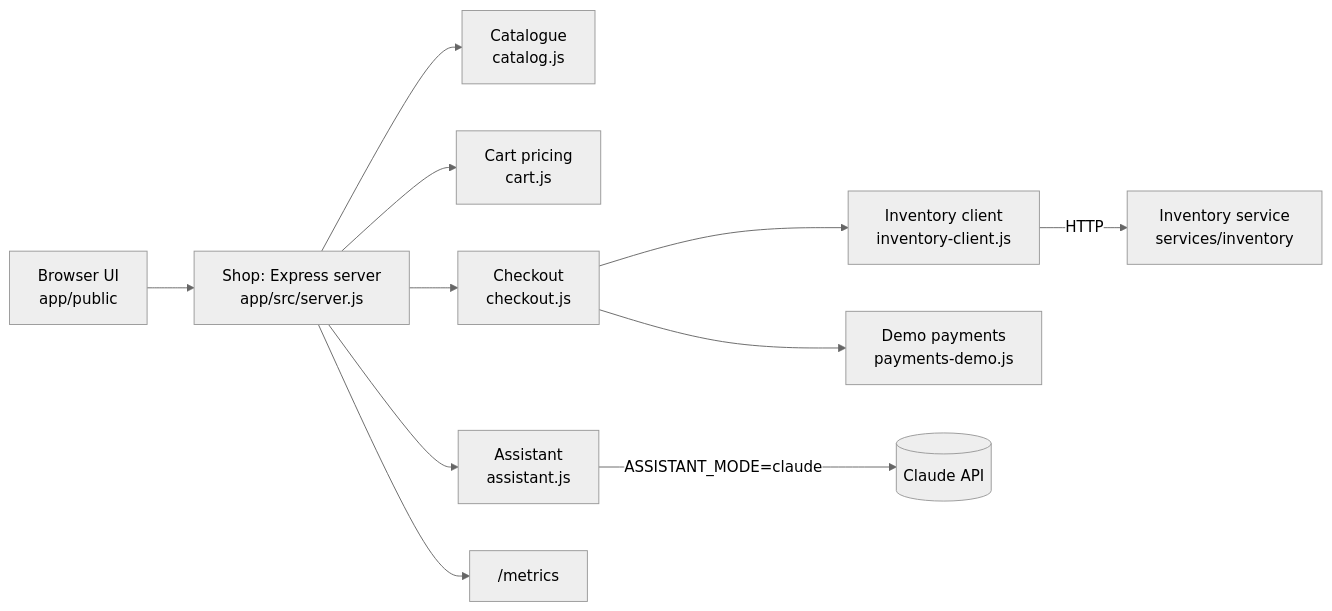
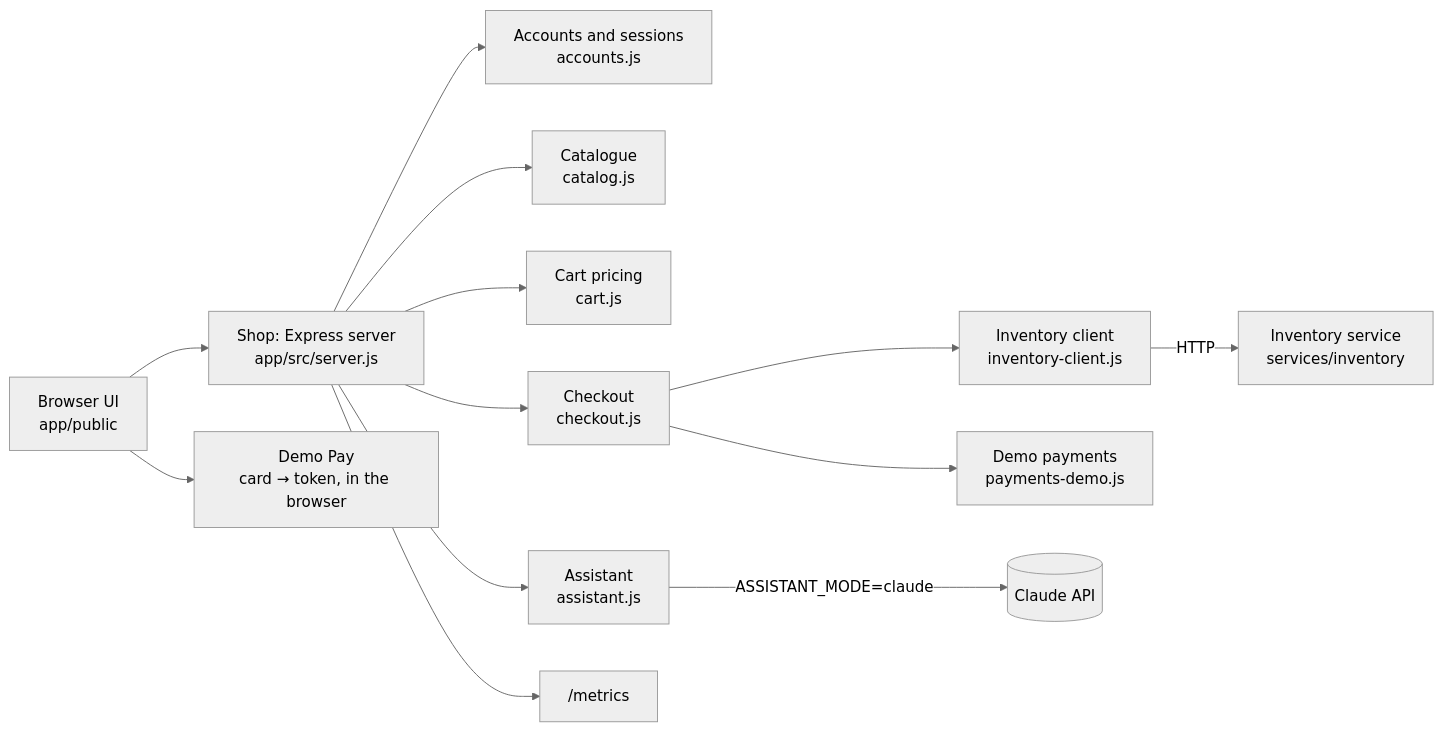
Before and after one commit to moatazeldebsy/qa-ai-era-workshop: the diagram in docs/reference/demo-app.md, drawn with Mermaid (neutral theme). The commit also changed other lines of this file and 22 other files, not shown here.

First line of the commit message:
feat(shop): accounts, checkout with Demo Pay test cards, order history

````diff
--- a/docs/reference/demo-app.md
+++ b/docs/reference/demo-app.md
@@ -5,13 +5,15 @@
 ```mermaid
 flowchart LR
   B[Browser UI<br/>app/public] --> S[Shop: Express server<br/>app/src/server.js]
+  B --> DP[Demo Pay<br/>card → token, in the browser]
+  S --> AC[Accounts and sessions<br/>accounts.js]
   S --> C[Catalogue<br/>catalog.js]
   S --> K[Cart pricing<br/>cart.js]
   S --> CO[Checkout<br/>checkout.js]
   CO --> IC[Inventory client<br/>inventory-client.js]
   IC -- HTTP --> INV[Inventory service<br/>services/inventory]
   CO --> PAY[Demo payments<br/>payments-demo.js]
   S --> A[Assistant<br/>assistant.js]
   A -- ASSISTANT_MODE=claude --> L[(Claude API)]
   S --> M["/metrics"]
 ```
````
